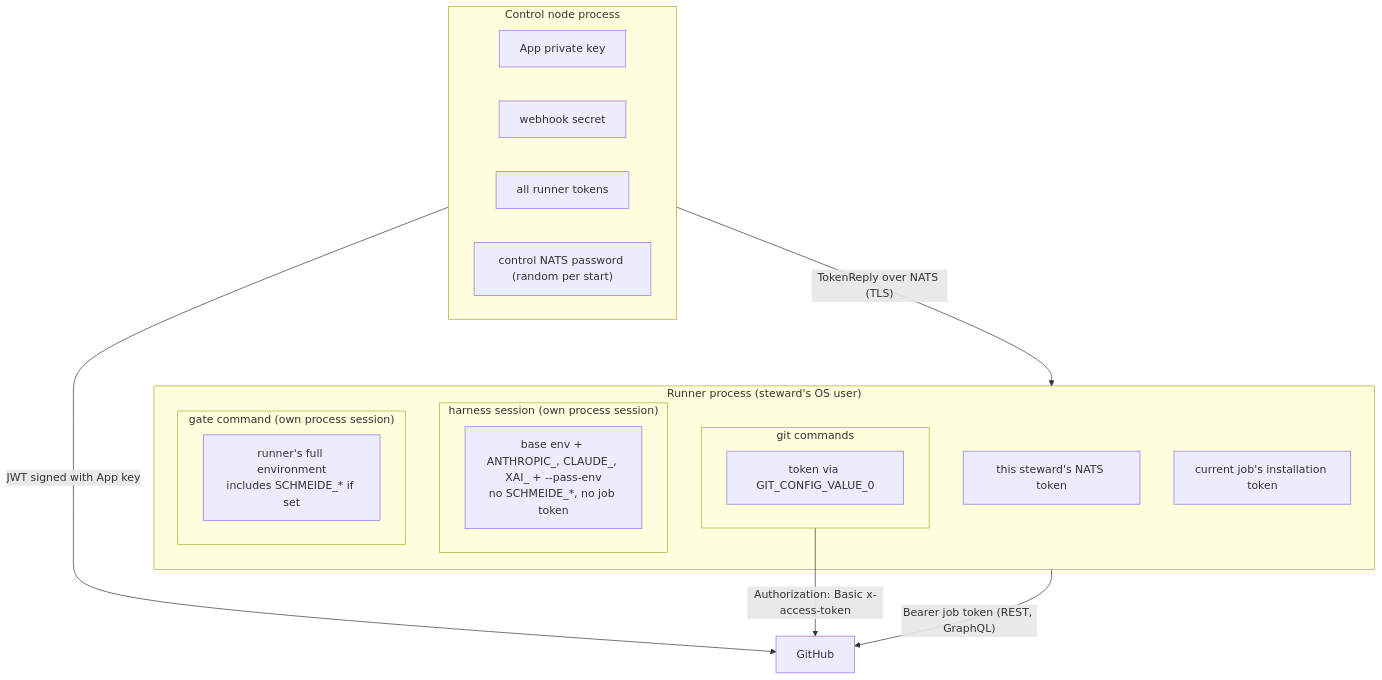
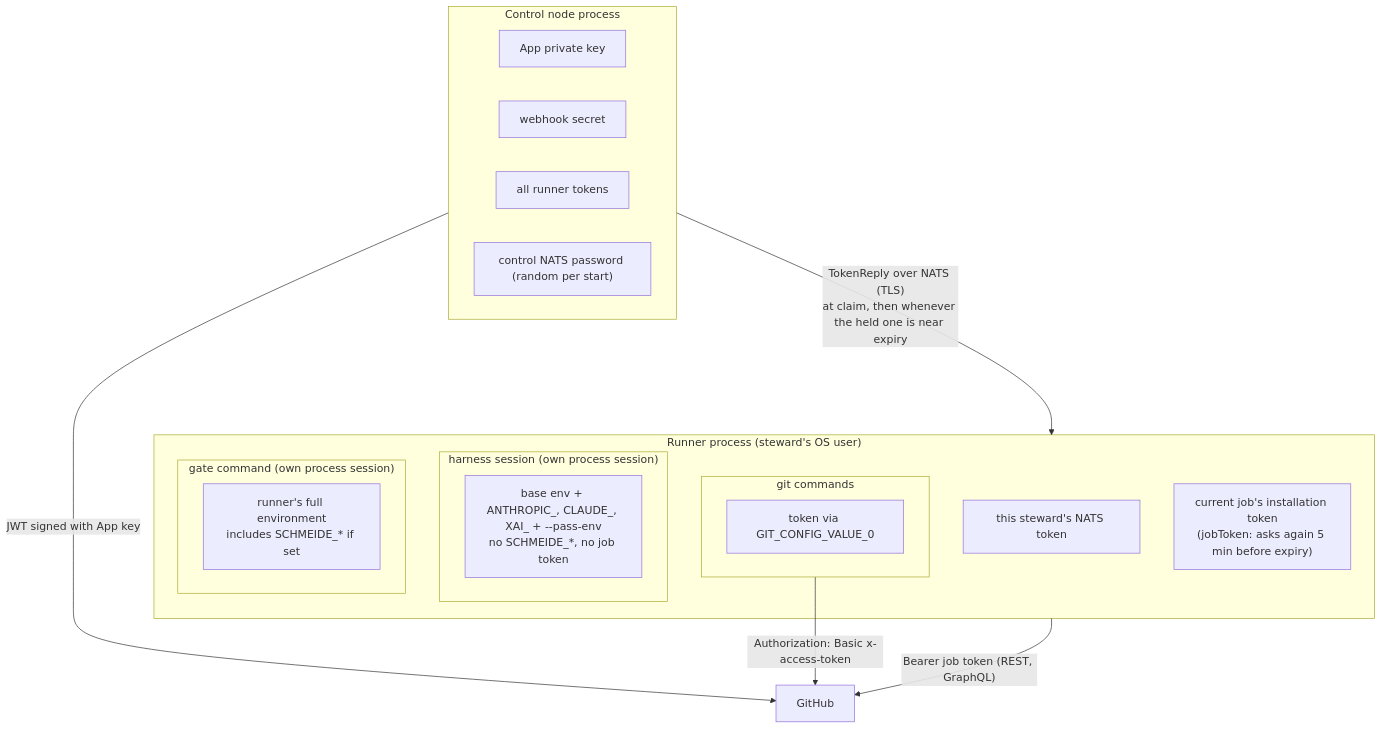
Before and after one commit to autobutler-org/schmeide: the first of 2 diagrams in docs/architecture/credentials.md, drawn with Mermaid. The commit also changed other lines of this file and 21 other files, not shown here.

First line of the commit message:
refresh a job's GitHub token before it expires (#243)

````diff
--- a/docs/architecture/credentials.md
+++ b/docs/architecture/credentials.md
@@ -8,27 +8,27 @@
 ```mermaid
 flowchart TB
     subgraph ctl["Control node process"]
         key["App private key"]
         wsec["webhook secret"]
         rtok["all runner tokens"]
         cpw["control NATS password (random per start)"]
     end
     subgraph runner["Runner process (steward's OS user)"]
         ntok["this steward's NATS token"]
-        jtok["current job's installation token"]
+        jtok["current job's installation token<br/>(jobToken: asks again 5 min before expiry)"]
         subgraph git["git commands"]
             gtok["token via GIT_CONFIG_VALUE_0"]
         end
         subgraph sess["harness session (own process session)"]
             senv["base env + ANTHROPIC_, CLAUDE_, XAI_ + --pass-env<br/>no SCHMEIDE_*, no job token"]
         end
         subgraph gate["gate command (own process session)"]
             genv["runner's full environment<br/>includes SCHMEIDE_* if set"]
         end
     end
     gh["GitHub"]
     ctl -- "JWT signed with App key" --> gh
-    ctl -- "TokenReply over NATS (TLS)" --> runner
+    ctl -- "TokenReply over NATS (TLS)<br/>at claim, then whenever the held one is near expiry" --> runner
     git -- "Authorization: Basic x-access-token" --> gh
     runner -- "Bearer job token (REST, GraphQL)" --> gh
 ```
````
